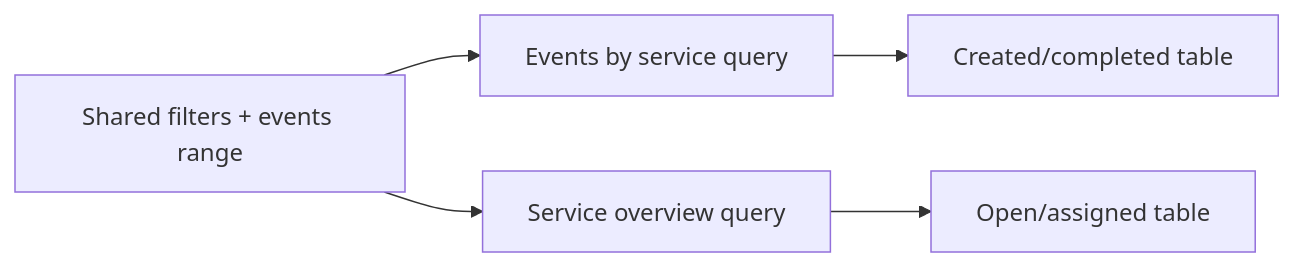
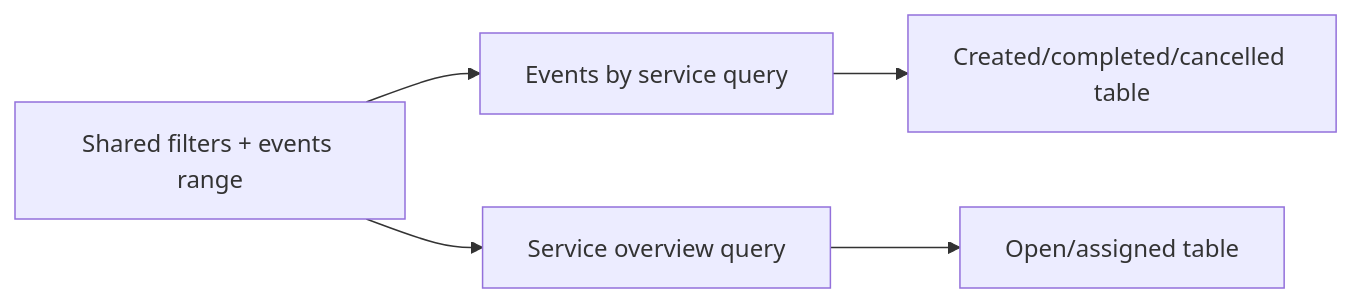
One commit to hmcts/wa-reporting-frontend changed the diagram in docs/functional/overview-dashboard.md. Above: the diagram before and after it, drawn with Mermaid. The commit also changed other lines of this file and 14 other files, not shown here.

````diff
--- a/docs/functional/overview-dashboard.md
+++ b/docs/functional/overview-dashboard.md
@@ -46,7 +47,7 @@
 ```mermaid
 flowchart LR
   Filters["Shared filters + events range"] --> Events["Events by service query"]
   Filters --> Overview["Service overview query"]
   Overview --> OverviewTable["Open/assigned table"]
-  Events --> EventsTable["Created/completed table"]
+  Events --> EventsTable["Created/completed/cancelled table"]
 ```
````
